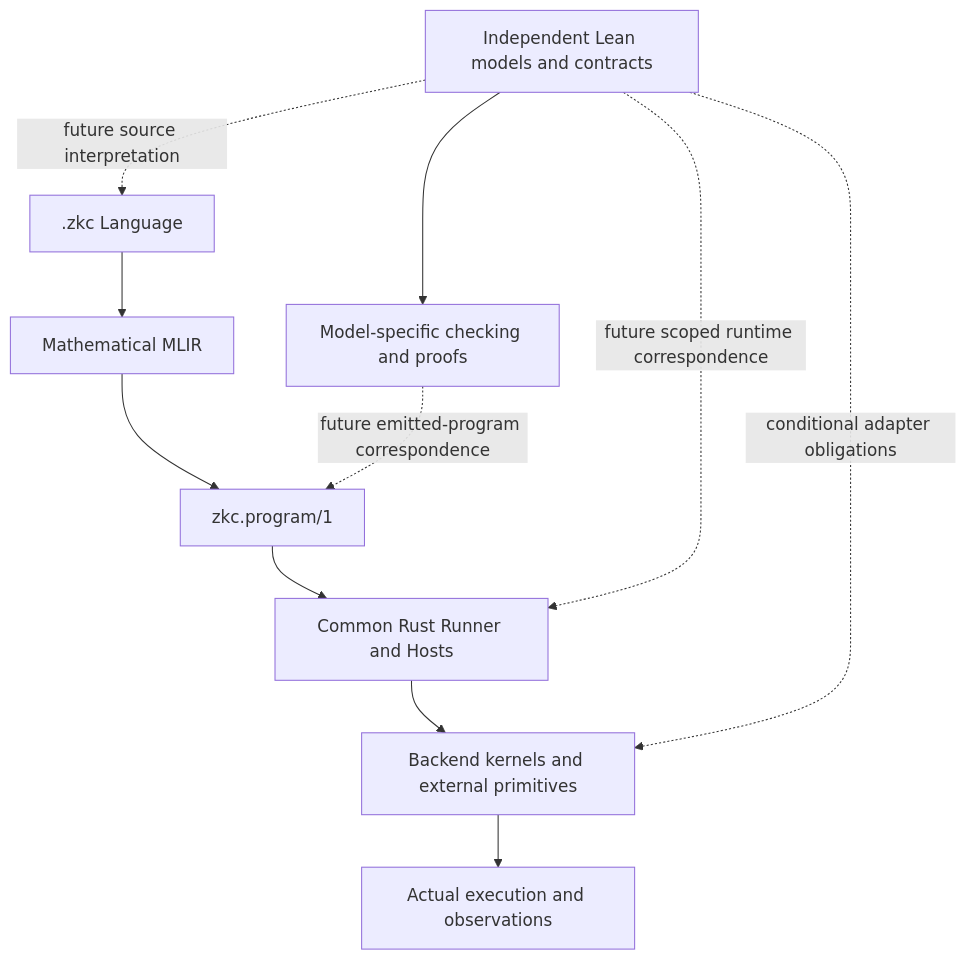
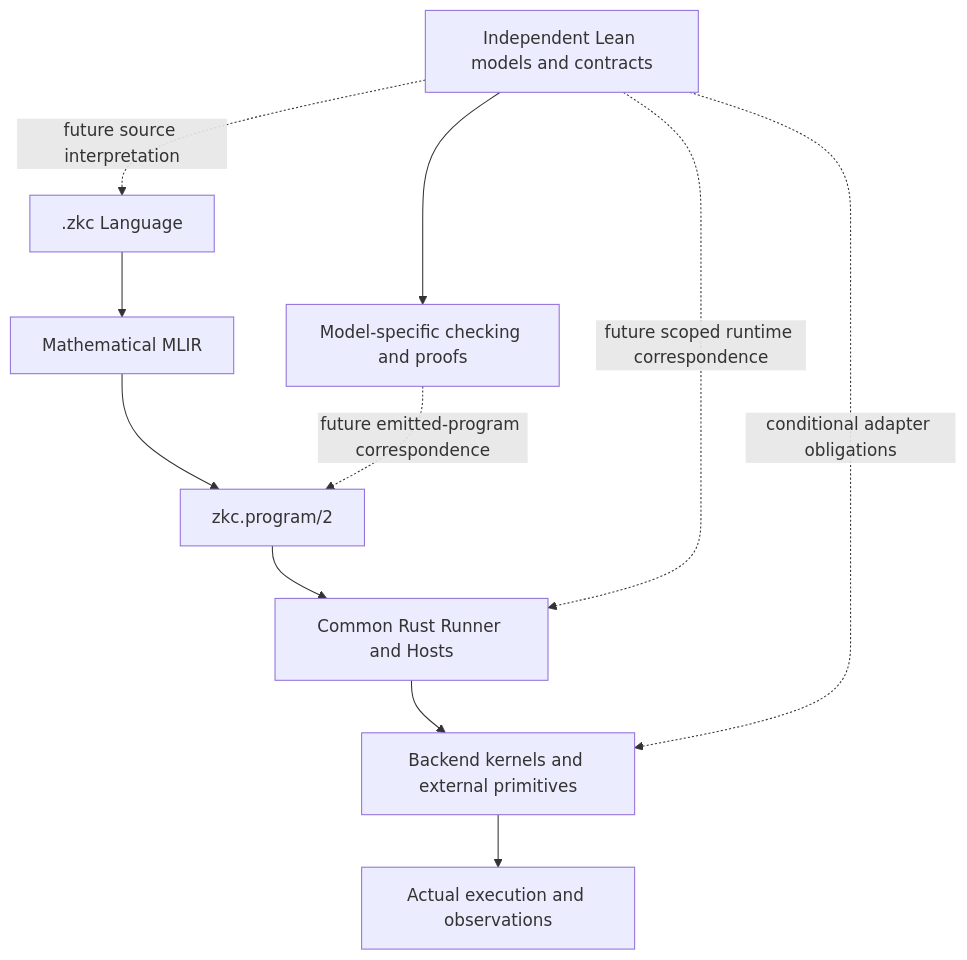
One commit to zkcompiler/zkc changed the diagram in formal/design/verification-map.md. Above: the diagram before and after it, drawn with Mermaid. The commit also changed other lines of this file and 274 other files, not shown here.

````diff
--- a/formal/design/verification-map.md
+++ b/formal/design/verification-map.md
@@ -36,13 +36,13 @@
 ```mermaid
 flowchart TD
   U[.zkc Language] --> M[Mathematical MLIR]
-  M --> C[zkc.program/1]
+  M --> C[zkc.program/2]
   C --> R[Common Rust Runner and Hosts]
   R --> B[Backend kernels and external primitives]
   B --> X[Actual execution and observations]
   L[Independent Lean models and contracts] --> K[Model-specific checking and proofs]
   L -. future source interpretation .-> U
   K -. future emitted-program correspondence .-> C
   L -. future scoped runtime correspondence .-> R
   L -. conditional adapter obligations .-> B
 ```
````
